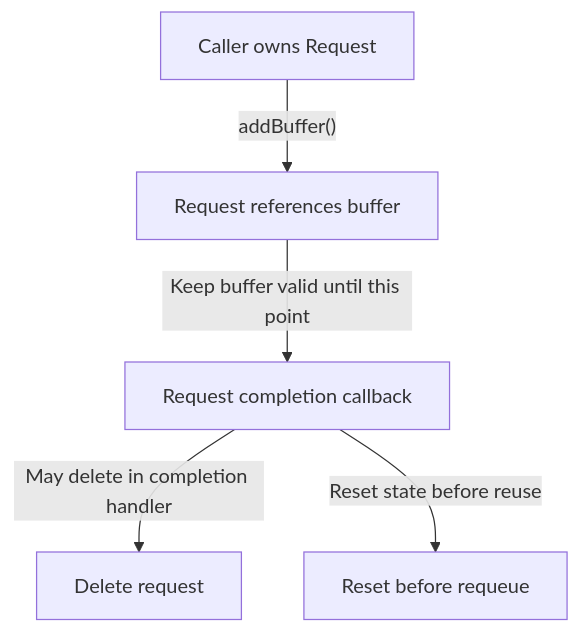
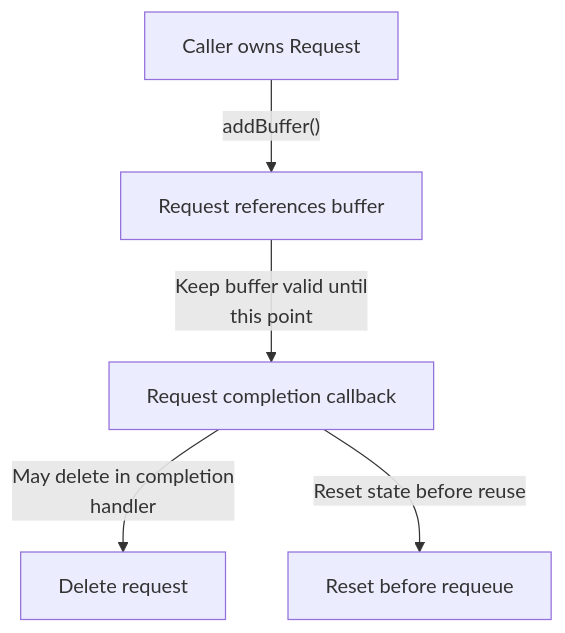
One commit to TTolsun/libcamera-sdd changed the diagram in docs/en/camera-model.request-ownership.mmd. Above: the diagram before and after it, drawn with Mermaid. The commit also changed 98 other files, not shown here.

```diff
--- a/docs/en/camera-model.request-ownership.mmd
+++ b/docs/en/camera-model.request-ownership.mmd
@@ -1,11 +1,11 @@
 flowchart TB
 
   v_caller["Caller owns Request"]
   v_buffer["Request references buffer"]
   v_callback["Request completion callback"]
   v_delete["Delete request"]
   v_reuse["Reset before requeue"]
   v_caller -->|"addBuffer()"| v_buffer
-  v_buffer -->|"Keep buffer valid until this point"| v_callback
-  v_callback -->|"May delete in completion handler"| v_delete
+  v_buffer -->|"Keep buffer valid until <br/>this point"| v_callback
+  v_callback -->|"May delete in completion <br/>handler"| v_delete
   v_callback -->|"Reset state before reuse"| v_reuse
```
